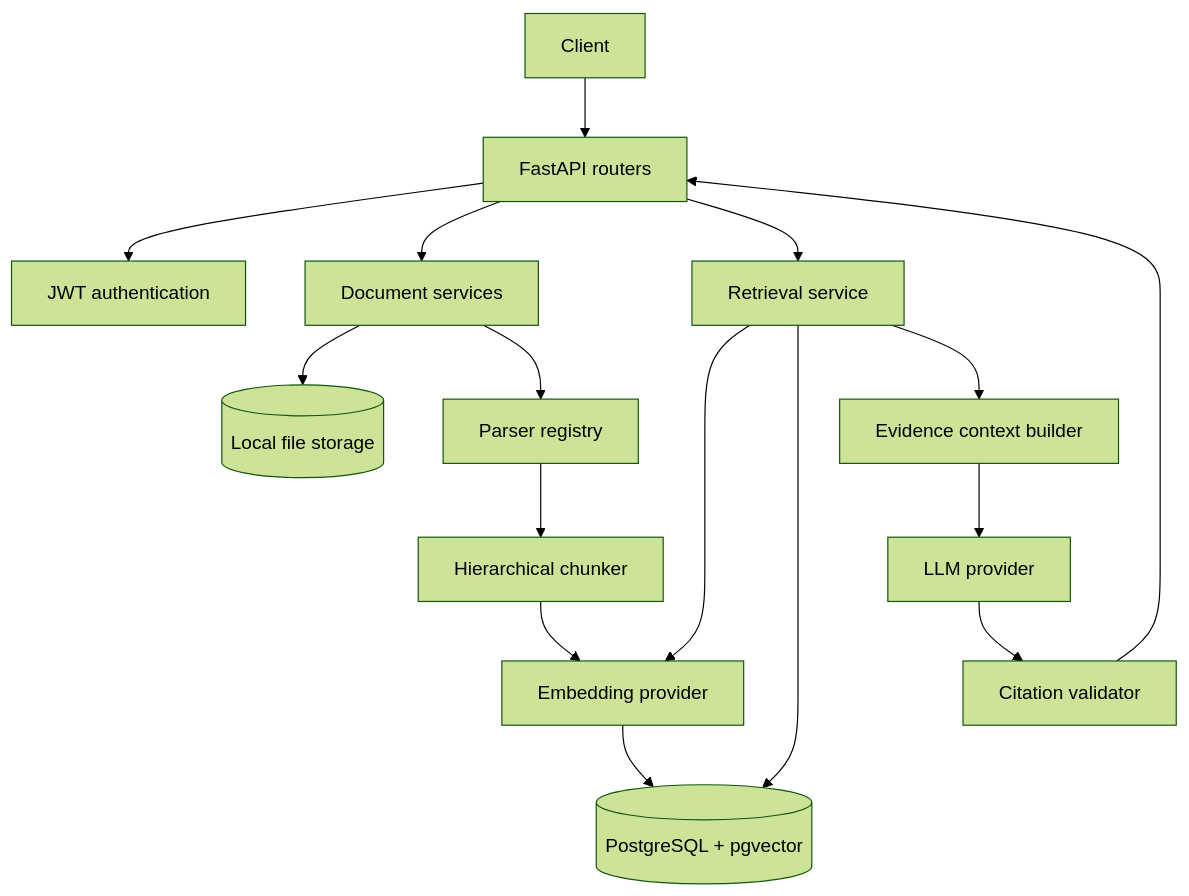
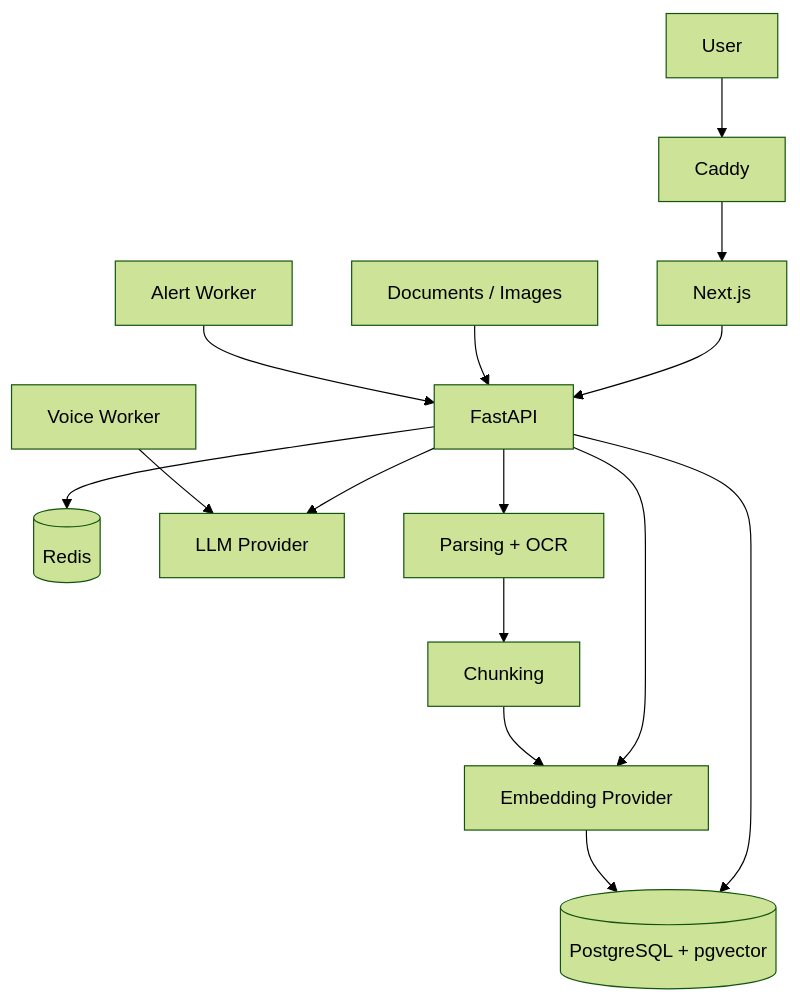
Before and after one commit to naim-munshi/aqlyra-rag-ai: the first of 3 diagrams in docs/ARCHITECTURE.md, drawn with Mermaid (forest theme). The commit also changed other lines of this file and 4 other files, not shown here.

Commit message:
docs: document Aqlyra architecture and system design

````diff
--- a/docs/ARCHITECTURE.md
+++ b/docs/ARCHITECTURE.md
@@ -11,34 +16,20 @@
 ```mermaid
-flowchart TD
-    Client[Client]
-    API[FastAPI routers]
-    Auth[JWT authentication]
-    Docs[Document services]
-    Parse[Parser registry]
-    Chunk[Hierarchical chunker]
-    Embed[Embedding provider]
-    Retrieve[Retrieval service]
-    Context[Evidence context builder]
-    Generate[LLM provider]
-    Validate[Citation validator]
-    DB[(PostgreSQL + pgvector)]
-    Files[(Local file storage)]
+flowchart TB
+    U[User] --> C[Caddy]
+    C --> F[Next.js]
+    F --> B[FastAPI]
 
-    Client --> API
-    API --> Auth
+    B --> PG[(PostgreSQL + pgvector)]
+    B --> R[(Redis)]
+    B --> L[LLM Provider]
+    B --> E[Embedding Provider]
 
-    API --> Docs
-    Docs --> Files
-    Docs --> Parse
-    Parse --> Chunk
-    Chunk --> Embed
-    Embed --> DB
+    D[Documents / Images] --> B
+    B --> P[Parsing + OCR]
+    P --> CH[Chunking]
+    CH --> E
+    E --> PG
 
-    API --> Retrieve
-    Retrieve --> Embed
-    Retrieve --> DB
-    Retrieve --> Context
-    Context --> Generate
-    Generate --> Validate
-    Validate --> API
+    VW[Voice Worker] --> L
+    AW[Alert Worker] --> B
 ```
````
